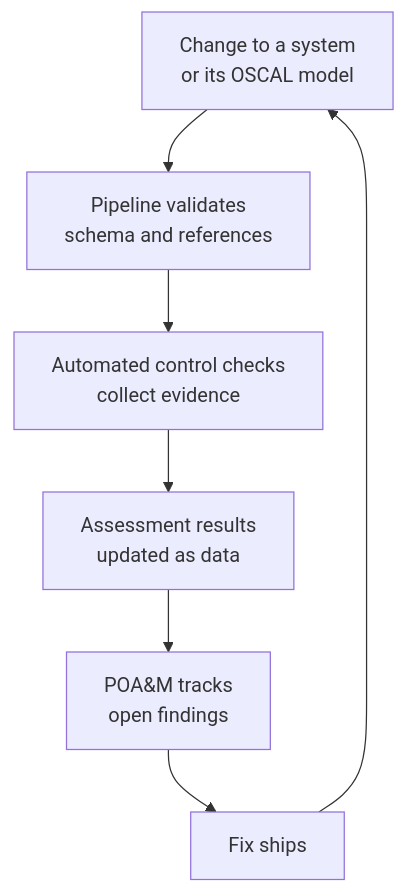
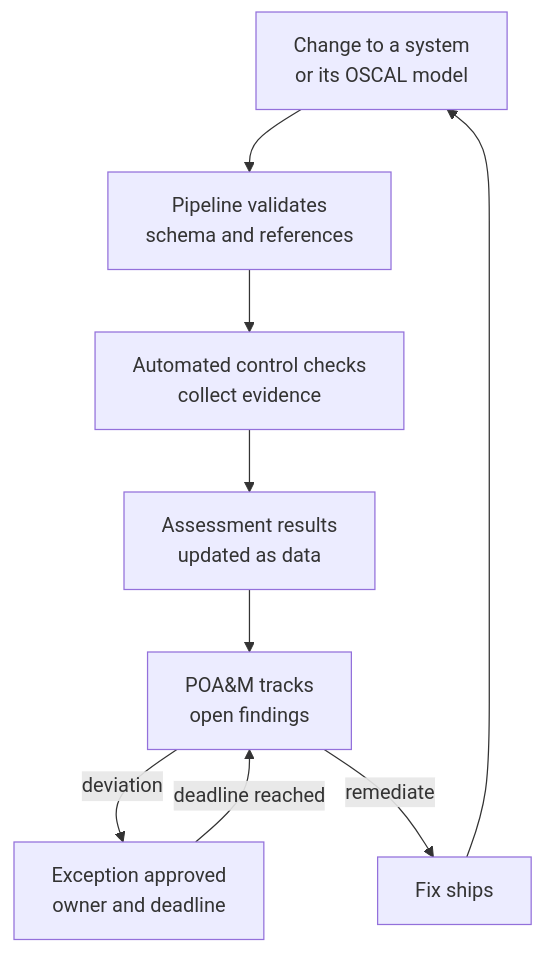
Before and after one commit to CodaConAI/codaconai.github.io: the diagram in diagrams/continuous-assurance.en.mmd, drawn with Mermaid. The commit also changed 6 other files, not shown here.

```diff
--- a/diagrams/continuous-assurance.en.mmd
+++ b/diagrams/continuous-assurance.en.mmd
@@ -1,7 +1,9 @@
 flowchart TB
   CH["Change to a system<br/>or its OSCAL model"] --> VAL["Pipeline validates<br/>schema and references"]
   VAL --> EV["Automated control checks<br/>collect evidence"]
   EV --> AR["Assessment results<br/>updated as data"]
   AR --> PO["POA&M tracks<br/>open findings"]
-  PO --> FIX["Fix ships"]
+  PO -- deviation --> EXC["Exception approved<br/>owner and deadline"]
+  PO -- remediate --> FIX["Fix ships"]
   FIX --> CH
+  EXC -- deadline reached --> PO
```
